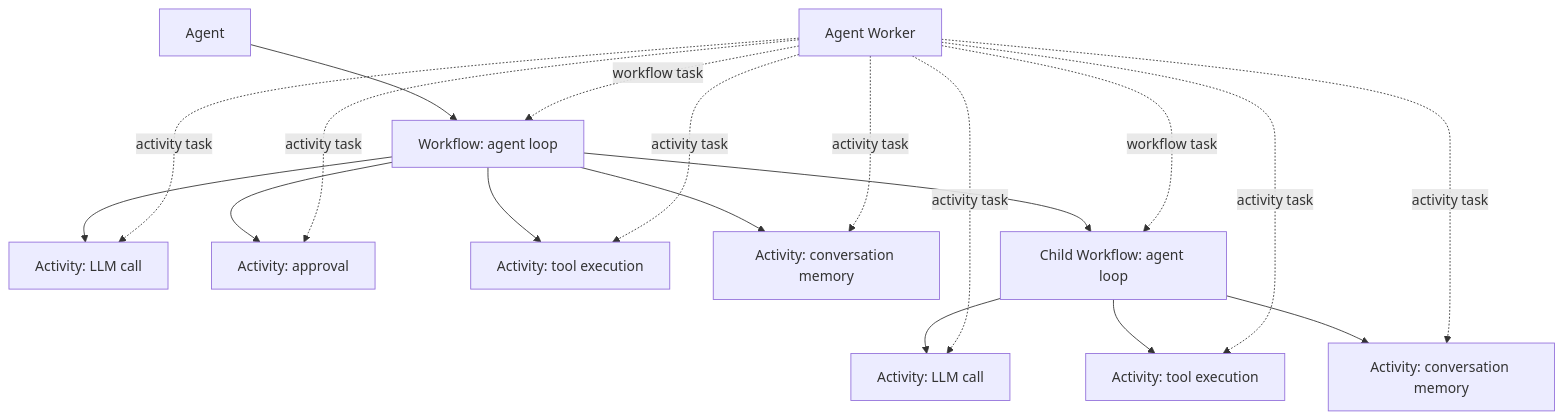
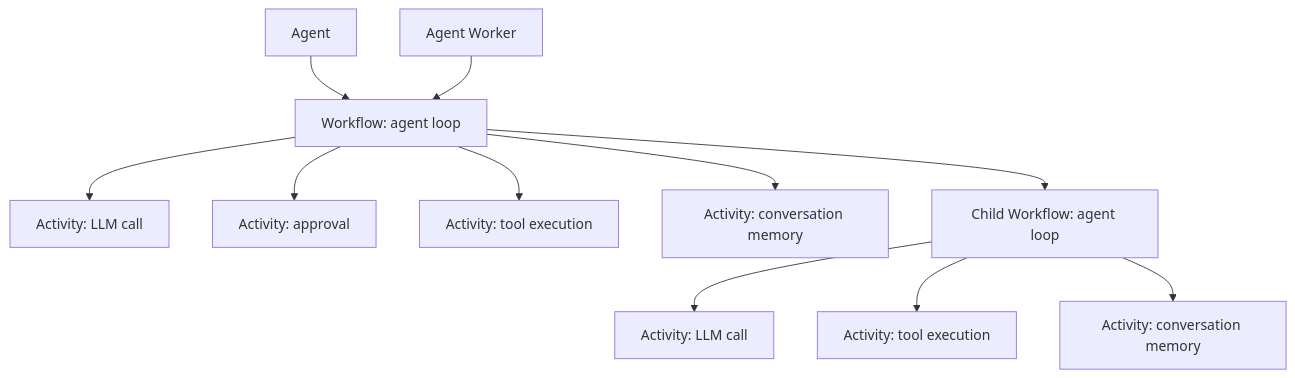
Before and after one commit to virinchiv/agent-sdk-go: the diagram in README.md, drawn with Mermaid.

Commit message:
docs: README update

````diff
--- a/README.md
+++ b/README.md
@@ -43,22 +43,13 @@
 ```mermaid
 graph TD
     A[Agent] --> WF[Workflow: agent loop]
+    W[Agent Worker] --> WF
     WF --> LLM[Activity: LLM call]
     WF --> Appr[Activity: approval]
     WF --> Tool[Activity: tool execution]
     WF --> Mem[Activity: conversation memory]
     WF --> Child[Child Workflow: agent loop]
     Child --> LLM2[Activity: LLM call]
     Child --> Tool2[Activity: tool execution]
     Child --> Mem2[Activity: conversation memory]
-    Worker[Agent Worker]
-    Worker -.->|workflow task| WF
-    Worker -.->|activity task| LLM
-    Worker -.->|activity task| Appr
-    Worker -.->|activity task| Tool
-    Worker -.->|activity task| Mem
-    Worker -.->|workflow task| Child
-    Worker -.->|activity task| LLM2
-    Worker -.->|activity task| Tool2
-    Worker -.->|activity task| Mem2
 ```
````
